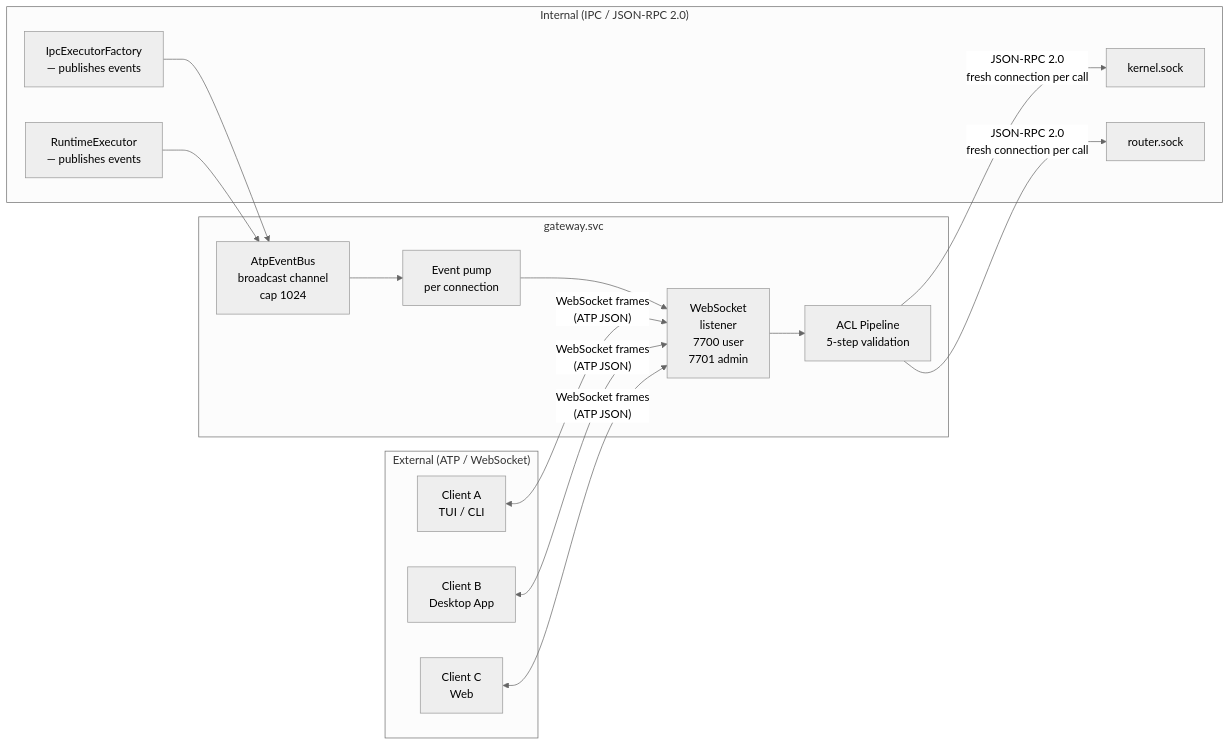
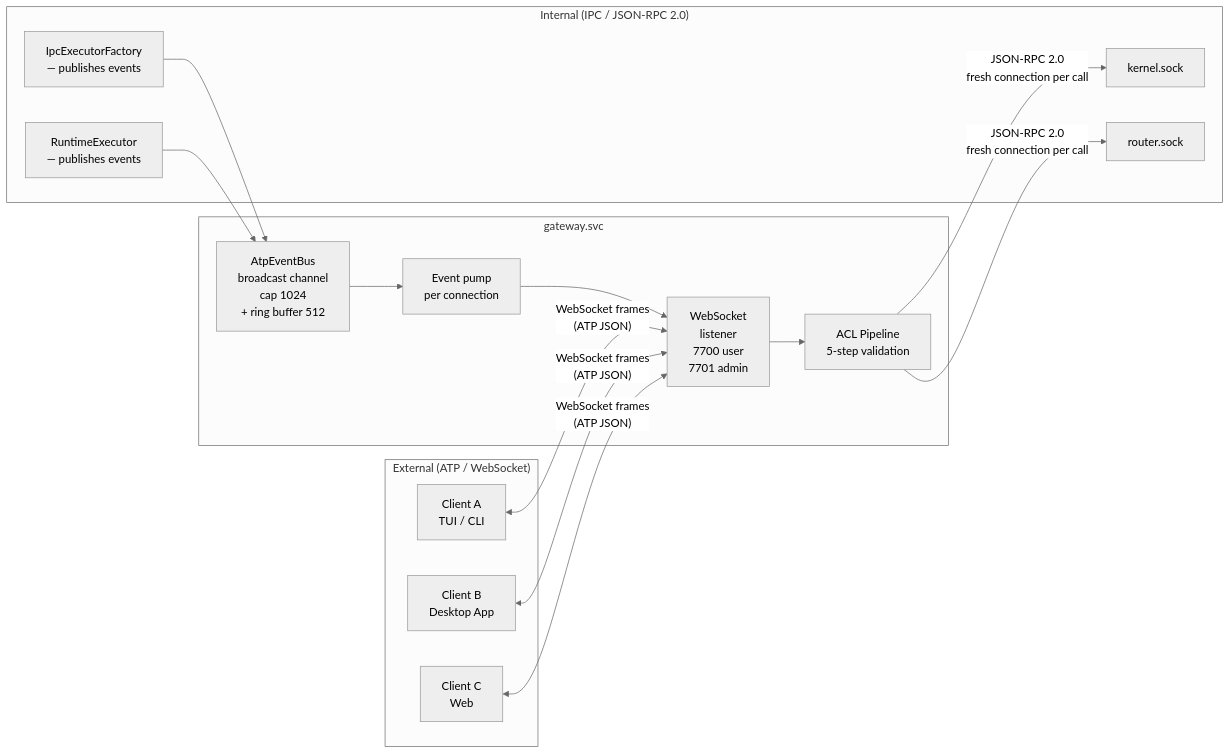
Before and after one commit to avadhpatel/avix: the first of 6 diagrams in docs/architecture/04-atp.md, drawn with Mermaid (neutral theme). The commit also changed other lines of this file and 7 other files, not shown here.

First line of the commit message:
Add ATP event seq and ring buffer replay

````diff
--- a/docs/architecture/04-atp.md
+++ b/docs/architecture/04-atp.md
@@ -34,30 +34,30 @@
 ```mermaid
 graph LR
     subgraph EXT["External (ATP / WebSocket)"]
         C1[Client A\nTUI / CLI]
         C2[Client B\nDesktop App]
         C3[Client C\nWeb]
     end
 
     subgraph GW["gateway.svc"]
         WS[WebSocket\nlistener\n7700 user\n7701 admin]
         ACL[ACL Pipeline\n5-step validation]
-        BUS[AtpEventBus\nbroadcast channel\ncap 1024]
+        BUS[AtpEventBus\nbroadcast channel\ncap 1024\n+ ring buffer 512]
         EP[Event pump\nper connection]
         WS --> ACL
         BUS --> EP --> WS
     end
 
     subgraph INT["Internal (IPC / JSON-RPC 2.0)"]
         KSOCK[kernel.sock]
         RSOCK[router.sock]
         FACTORY[IpcExecutorFactory\n— publishes events]
         RE[RuntimeExecutor\n— publishes events]
         FACTORY --> BUS
         RE --> BUS
     end
 
     C1 & C2 & C3 <-->|"WebSocket frames\n(ATP JSON)"| WS
     ACL -->|"JSON-RPC 2.0\nfresh connection per call"| KSOCK
     ACL -->|"JSON-RPC 2.0\nfresh connection per call"| RSOCK
 ```
````
